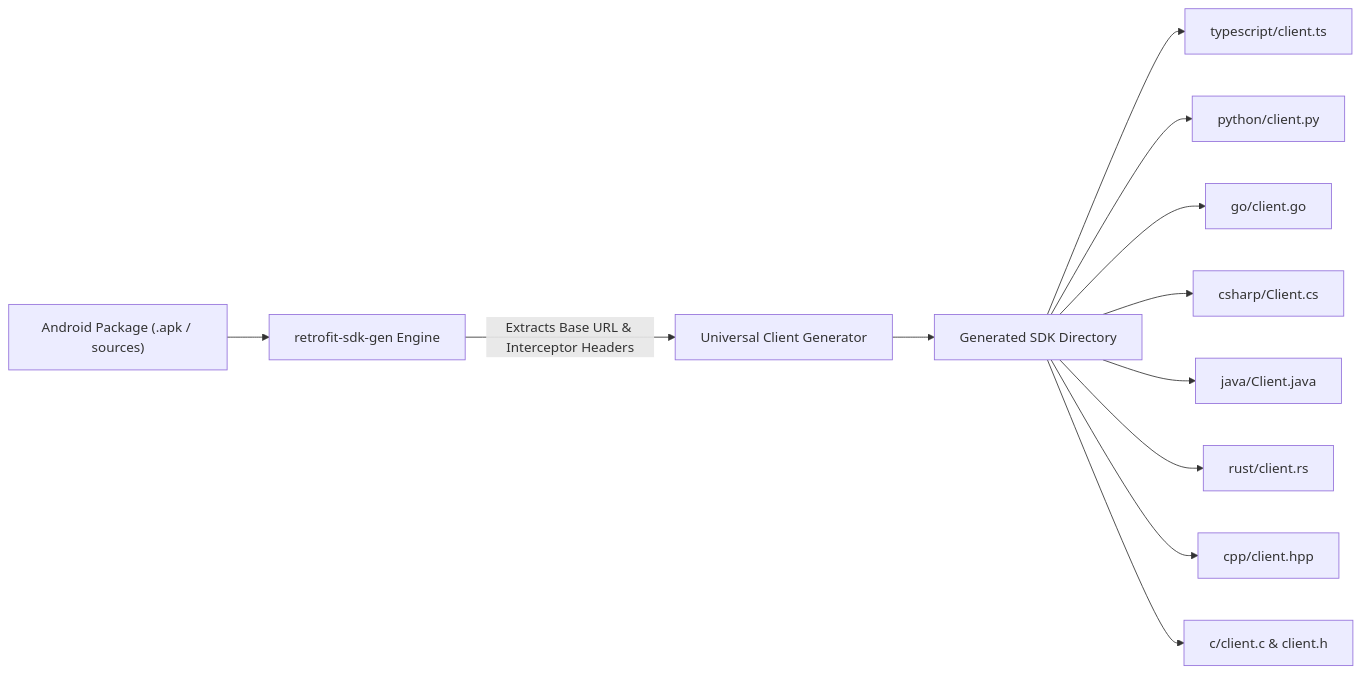
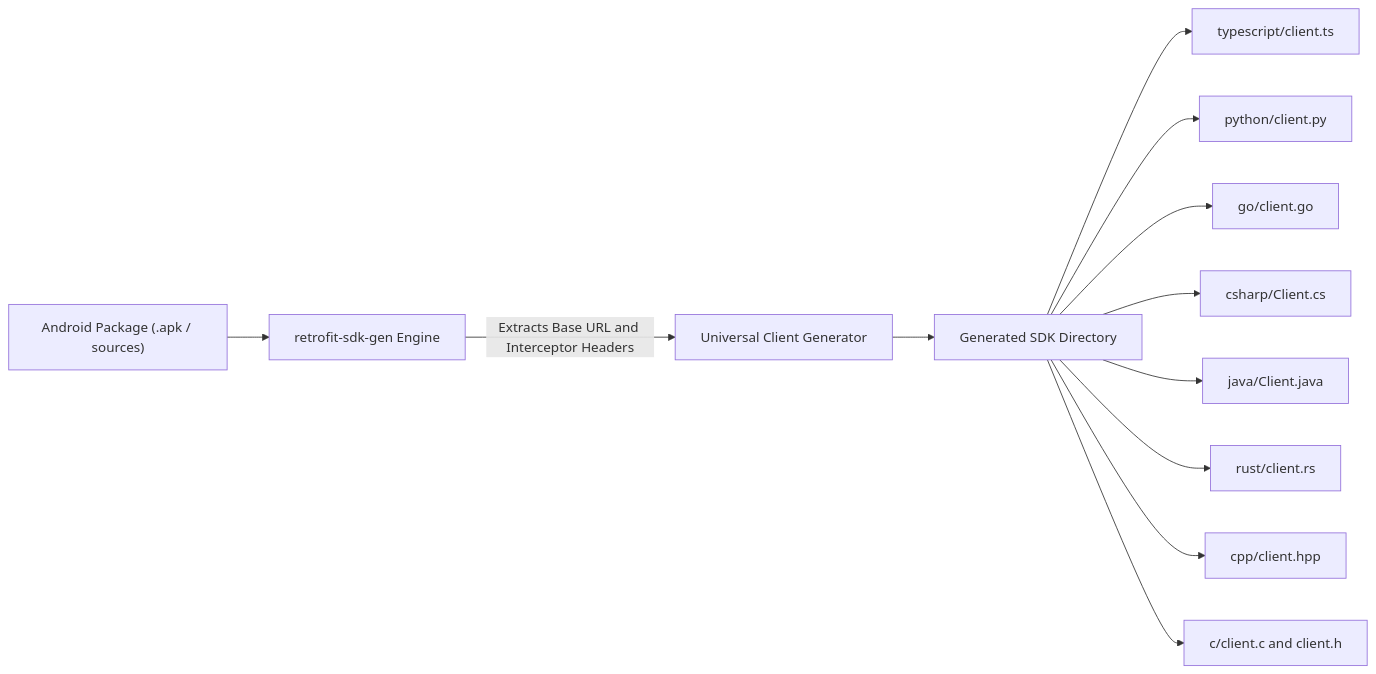
The diagram in docs/client.md (chahakshahcs5/retrofit-sdk-gen), drawn with Mermaid before and after one commit. The commit also changed 13 other files, not shown here.

Commit message:
fix(docs): quote Mermaid edge labels and sanitize syntax for GitHub renderer

````diff
--- a/docs/client.md
+++ b/docs/client.md
@@ -32,14 +32,14 @@
 ```mermaid
 flowchart LR
     INPUT["Android Package (.apk / sources)"] --> SCANNER["retrofit-sdk-gen Engine"]
-    SCANNER -->|Extracts Base URL & Interceptor Headers| SCAFFOLD["Universal Client Generator"]
+    SCANNER -->|"Extracts Base URL and Interceptor Headers"| SCAFFOLD["Universal Client Generator"]
     SCAFFOLD --> OUT["Generated SDK Directory"]
     OUT --> TS["typescript/client.ts"]
     OUT --> PY["python/client.py"]
     OUT --> GO["go/client.go"]
     OUT --> CS["csharp/Client.cs"]
     OUT --> JV["java/Client.java"]
     OUT --> RS["rust/client.rs"]
     OUT --> CPP["cpp/client.hpp"]
-    OUT --> C["c/client.c & client.h"]
+    OUT --> C["c/client.c and client.h"]
 ```
````
